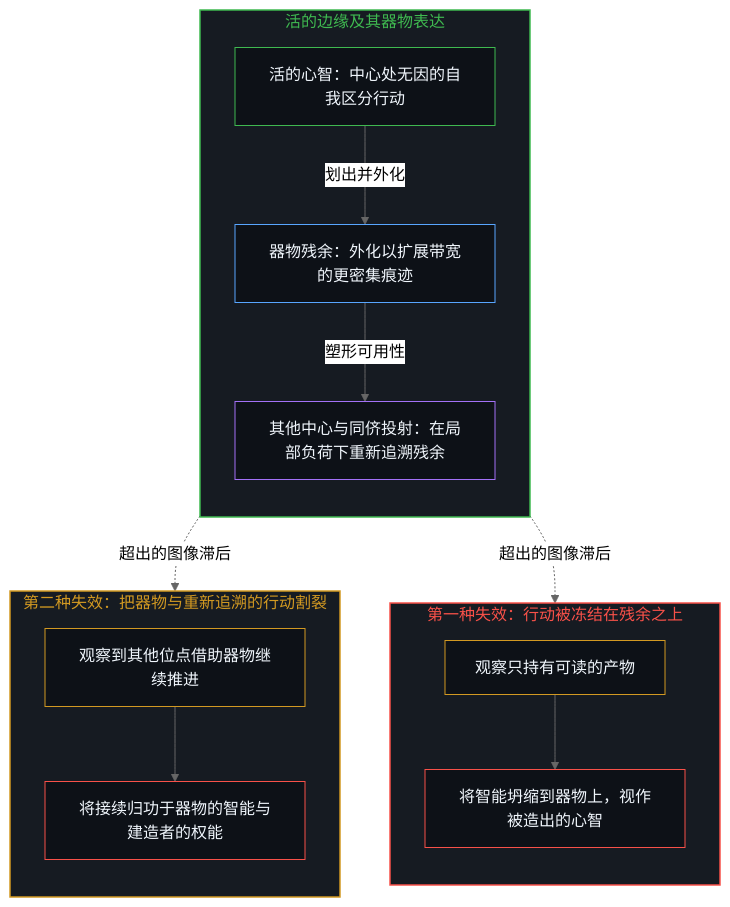
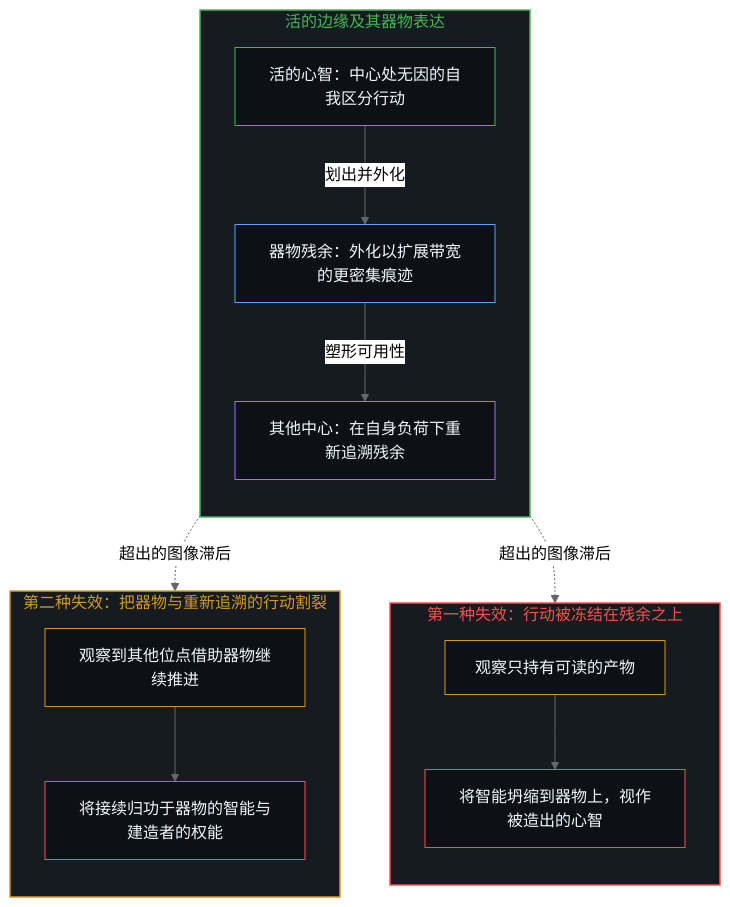
The first of 2 diagrams in content/posts/two-failures-of-trace.md (powerpig99/not-a-toe), drawn with Mermaid (neutral theme) before and after one commit. The commit also changed other lines of this file and 7 other files, not shown here.

````diff
--- a/content/posts/two-failures-of-trace.md
+++ b/content/posts/two-failures-of-trace.md
@@ -39,39 +39,35 @@
 ```mermaid
 flowchart TD
     subgraph S_Act["活的边缘及其器物表达"]
         direction TB
         Mind["活的心智：中心处无因的自我区分行动"]
         Res["器物残余：外化以扩展带宽的更密集痕迹"]
-        Other["其他中心与同侪投射：在局部负荷下重新追溯残余"]
+        Other["其他中心：在自身负荷下重新追溯残余"]
         Mind -->|"划出并外化"| Res
         Res -->|"塑形可用性"| Other
     end
-
     subgraph S_F1["第一种失效：行动被冻结在残余之上"]
         direction TB
         Look1["观察只持有可读的产物"]
         Freeze1["将智能坍缩到器物上，视作被造出的心智"]
         Look1 --> Freeze1
     end
-
     subgraph S_F2["第二种失效：把器物与重新追溯的行动割裂"]
         direction TB
         Look2["观察到其他位点借助器物继续推进"]
         Freeze2["将接续归功于器物的智能与建造者的权能"]
         Look2 --> Freeze2
     end
-
     Res -.->|"超出的图像滞后"| Look1
     Other -.->|"超出的图像滞后"| Look2
-
     style S_Act fill:#161b22,stroke:#3fb950,stroke-width:1.5px,color:#3fb950
     style S_F1 fill:#161b22,stroke:#f85149,stroke-width:1.5px,color:#f85149
     style S_F2 fill:#161b22,stroke:#d29922,stroke-width:1.5px,color:#d29922
     style Mind fill:#0d1117,stroke:#3fb950,stroke-width:1px,color:#f0f6fc
     style Res fill:#0d1117,stroke:#58a6ff,stroke-width:1px,color:#f0f6fc
     style Other fill:#0d1117,stroke:#a371f7,stroke-width:1px,color:#f0f6fc
     style Look1 fill:#0d1117,stroke:#d29922,stroke-width:1px,color:#f0f6fc
     style Freeze1 fill:#0d1117,stroke:#f85149,stroke-width:1px,color:#f0f6fc
     style Look2 fill:#0d1117,stroke:#d29922,stroke-width:1px,color:#f0f6fc
     style Freeze2 fill:#0d1117,stroke:#f85149,stroke-width:1px,color:#f0f6fc
 ```
````
